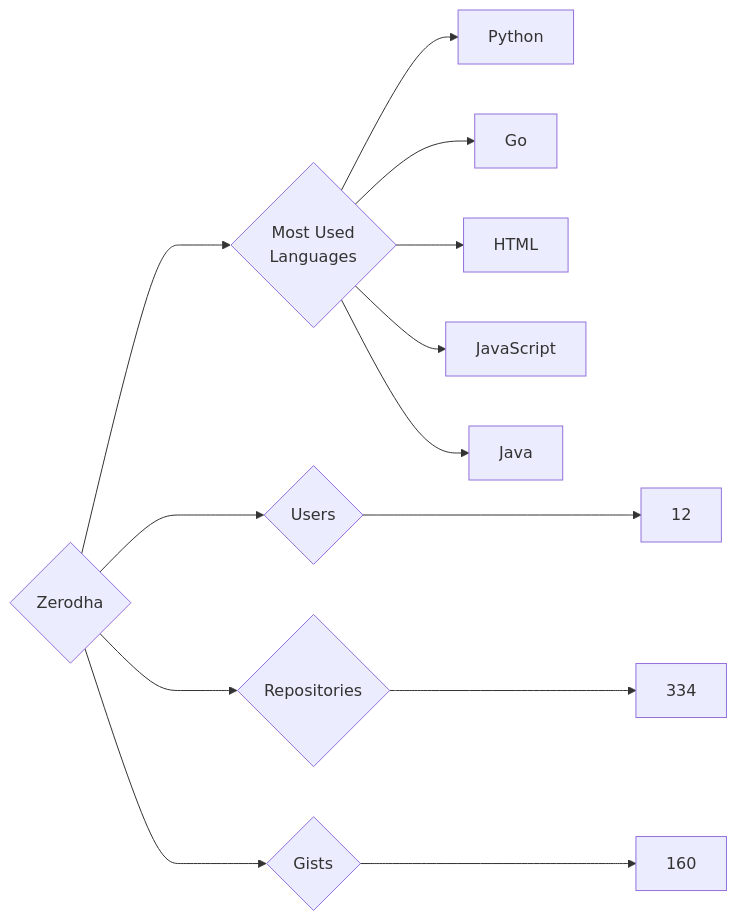
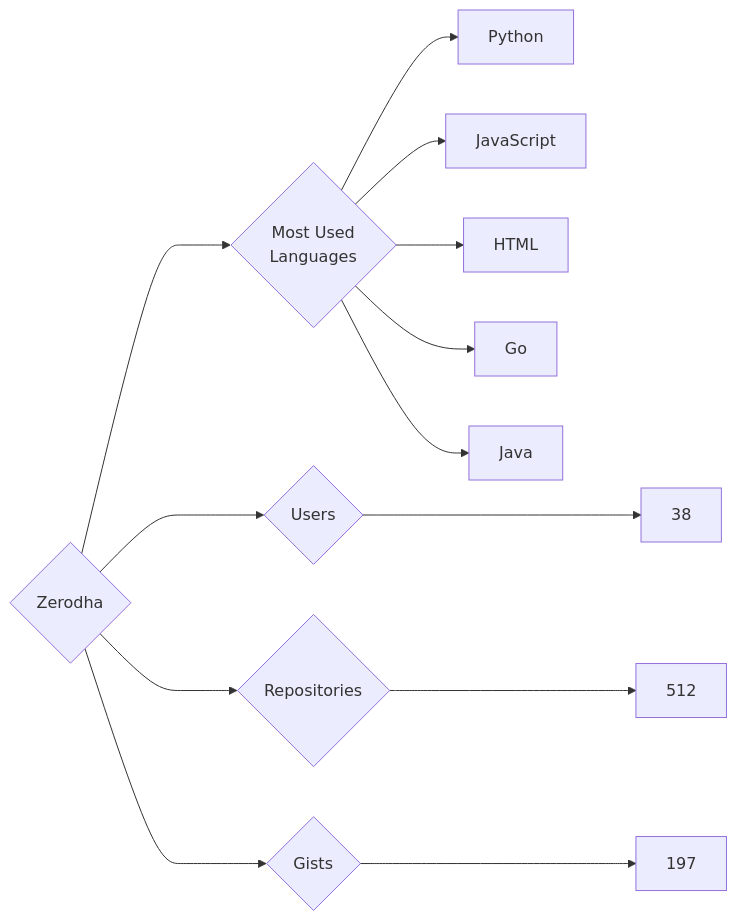
Before and after one commit to trickest/insiders: the diagram in targets/Zerodha/README.md, drawn with Mermaid. The commit also changed 806 other files, not shown here.

````diff
--- a/targets/Zerodha/README.md
+++ b/targets/Zerodha/README.md
@@ -3,13 +3,13 @@
 ```mermaid
 graph LR
 COMPANY_NAME{Zerodha}
-COMPANY_NAME ---> U{Users} ---> UN[12]
-COMPANY_NAME ---> R{Repositories} ---> RN[334]
-COMPANY_NAME ---> G{Gists} ---> GN[160]
+COMPANY_NAME ---> U{Users} ---> UN[38]
+COMPANY_NAME ---> R{Repositories} ---> RN[512]
+COMPANY_NAME ---> G{Gists} ---> GN[197]
 COMPANY_NAME ---> ML{Most Used<br>Languages}
 ML --> Python[Python]
+ML --> JavaScript[JavaScript]
+ML --> HTML[HTML]
 ML --> Go[Go]
-ML --> HTML[HTML]
-ML --> JavaScript[JavaScript]
 ML --> Java[Java]
 ```
````
